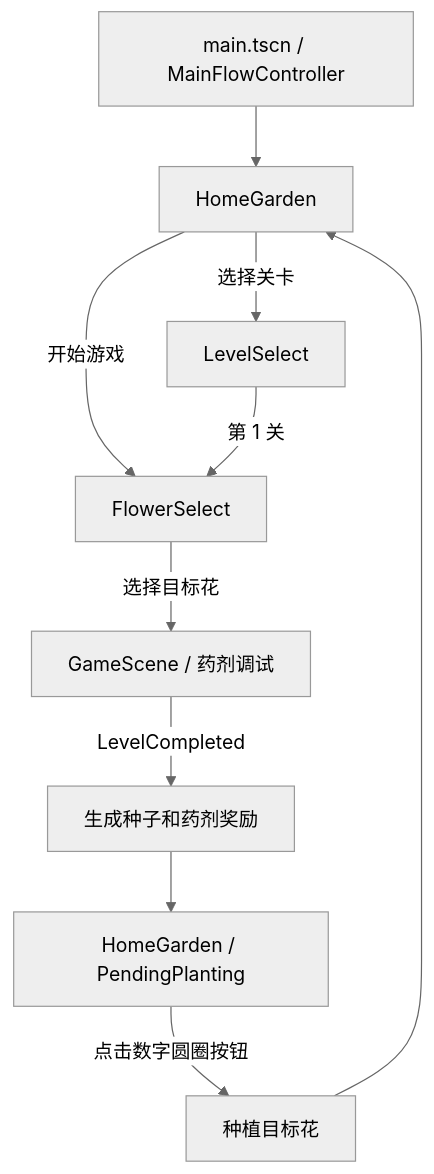
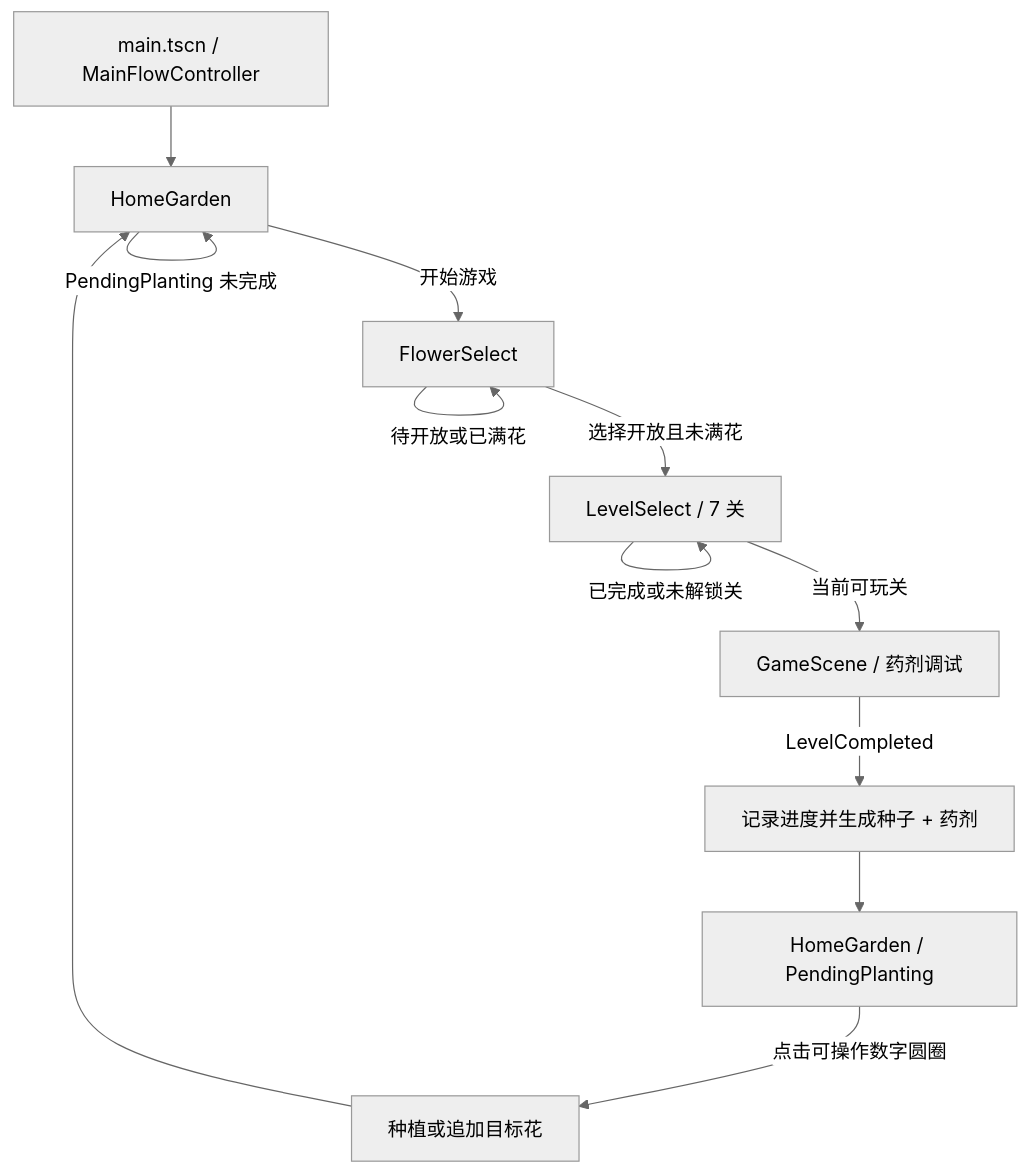
Before and after one commit to stanleyLKJ/water-sort-game: the first of 2 diagrams in docs/04_架构文档.md, drawn with Mermaid (neutral theme). The commit also changed other lines of this file and 10 other files, not shown here.

Commit message:
Implement second phase flower level loop

````diff
--- a/docs/04_架构文档.md
+++ b/docs/04_架构文档.md
@@ -306,12 +311,14 @@
 ```mermaid
 flowchart TD
     A["main.tscn / MainFlowController"] --> B["HomeGarden"]
     B -->|开始游戏| C["FlowerSelect"]
-    B -->|选择关卡| D["LevelSelect"]
-    D -->|第 1 关| C
-    C -->|选择目标花| E["GameScene / 药剂调试"]
-    E -->|LevelCompleted| F["生成种子和药剂奖励"]
+    B -->|PendingPlanting 未完成| B
+    C -->|选择开放且未满花| D["LevelSelect / 7 关"]
+    C -->|待开放或已满花| C
+    D -->|当前可玩关| E["GameScene / 药剂调试"]
+    D -->|已完成或未解锁关| D
+    E -->|LevelCompleted| F["记录进度并生成种子 + 药剂"]
     F --> G["HomeGarden / PendingPlanting"]
-    G -->|点击数字圆圈按钮| H["种植目标花"]
+    G -->|点击可操作数字圆圈| H["种植或追加目标花"]
     H --> B
 ```
````
